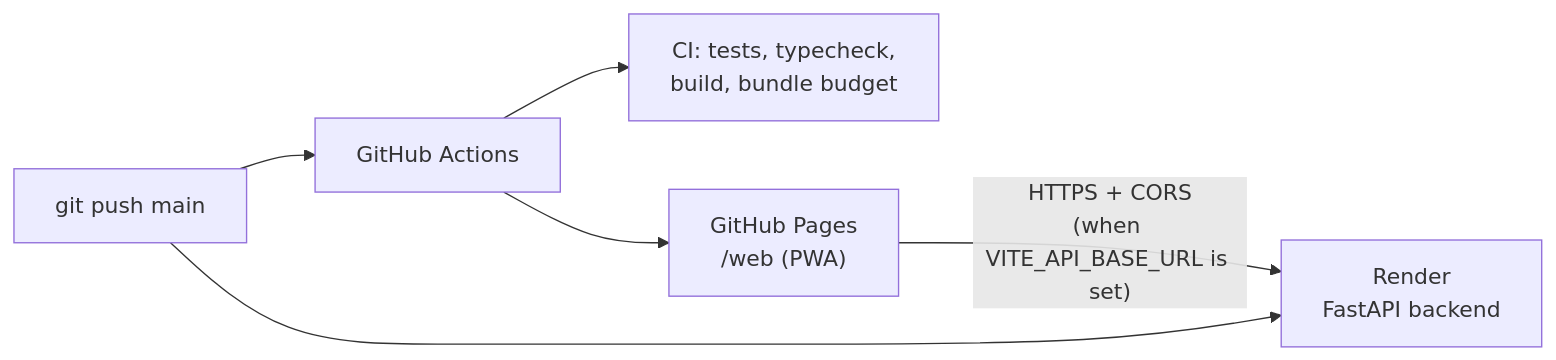
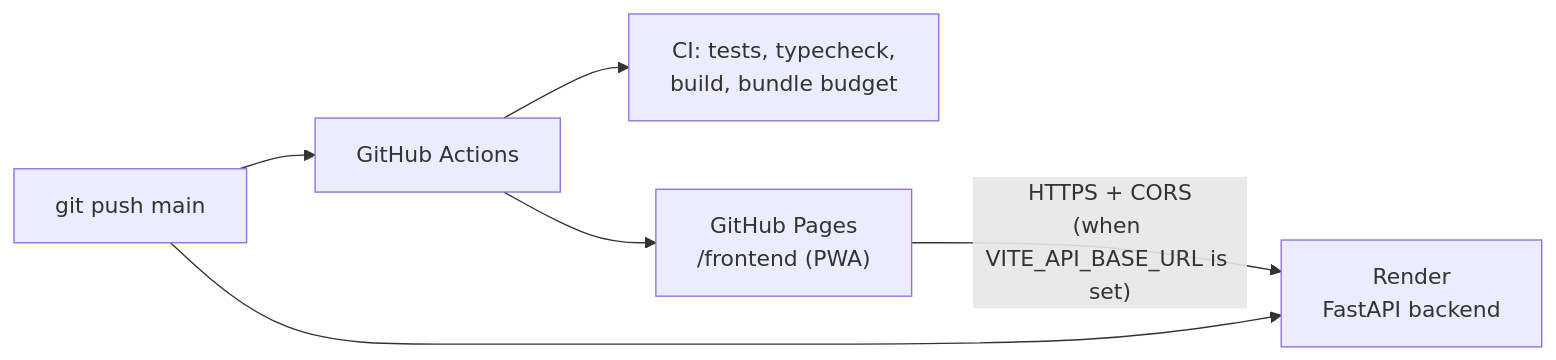
The fifth of 7 diagrams in README.md (es-ratt/edibyte), drawn with Mermaid before and after one commit. The commit also changed other lines of this file and 173 other files, not shown here.

First line of the commit message:
chore: Phase 9 launch: /web becomes /frontend, CI with lint and e2e, docs

````diff
--- a/README.md
+++ b/README.md
@@ -350,8 +372,8 @@
 ```mermaid
 flowchart LR
     Dev["git push main"] --> GA["GitHub Actions"]
     GA --> CI["CI: tests, typecheck,<br/>build, bundle budget"]
-    GA --> GP["GitHub Pages<br/>/web (PWA)"]
+    GA --> GP["GitHub Pages<br/>/frontend (PWA)"]
     Dev --> R["Render<br/>FastAPI backend"]
     GP -->|"HTTPS + CORS<br/>(when VITE_API_BASE_URL is set)"| R
 ```
````
